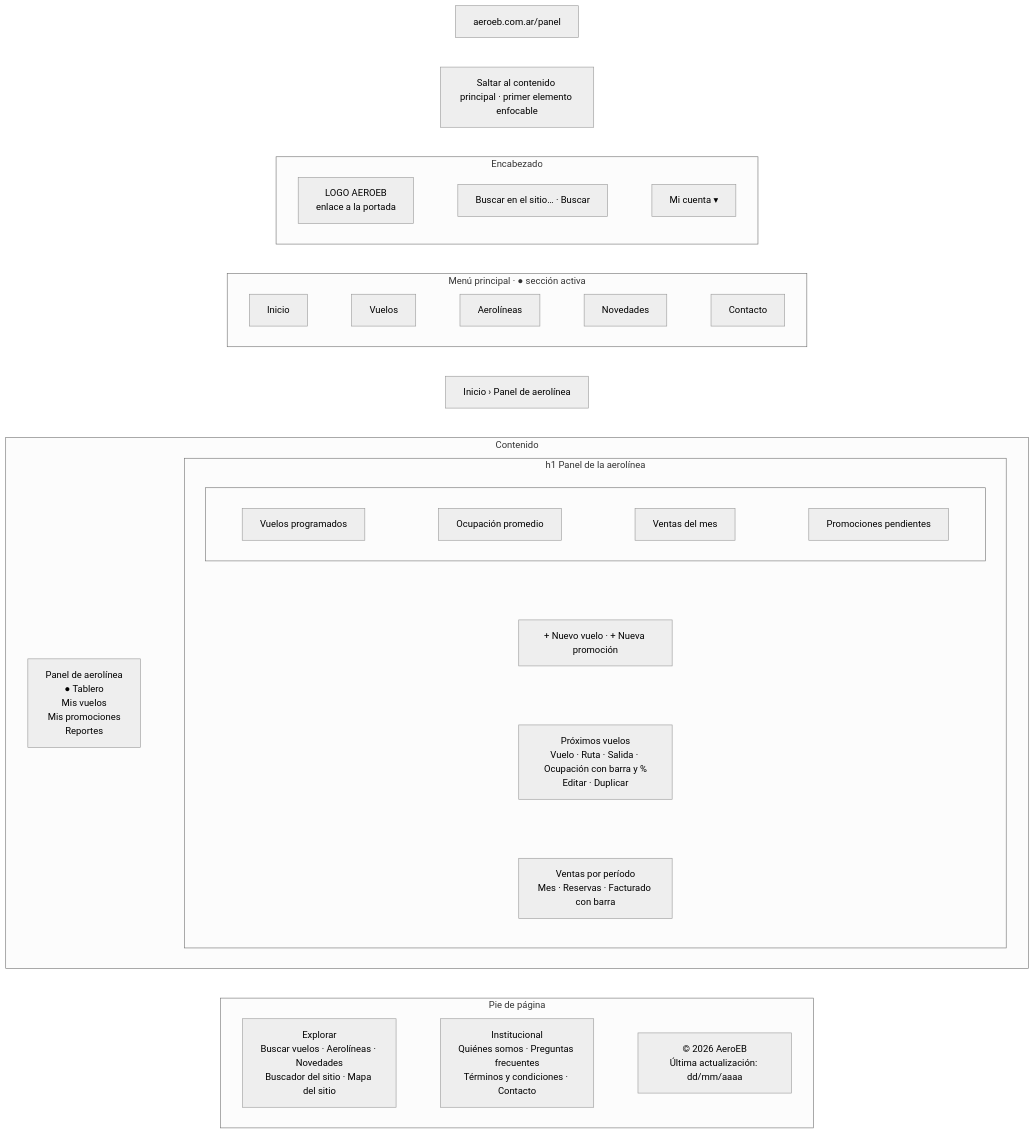
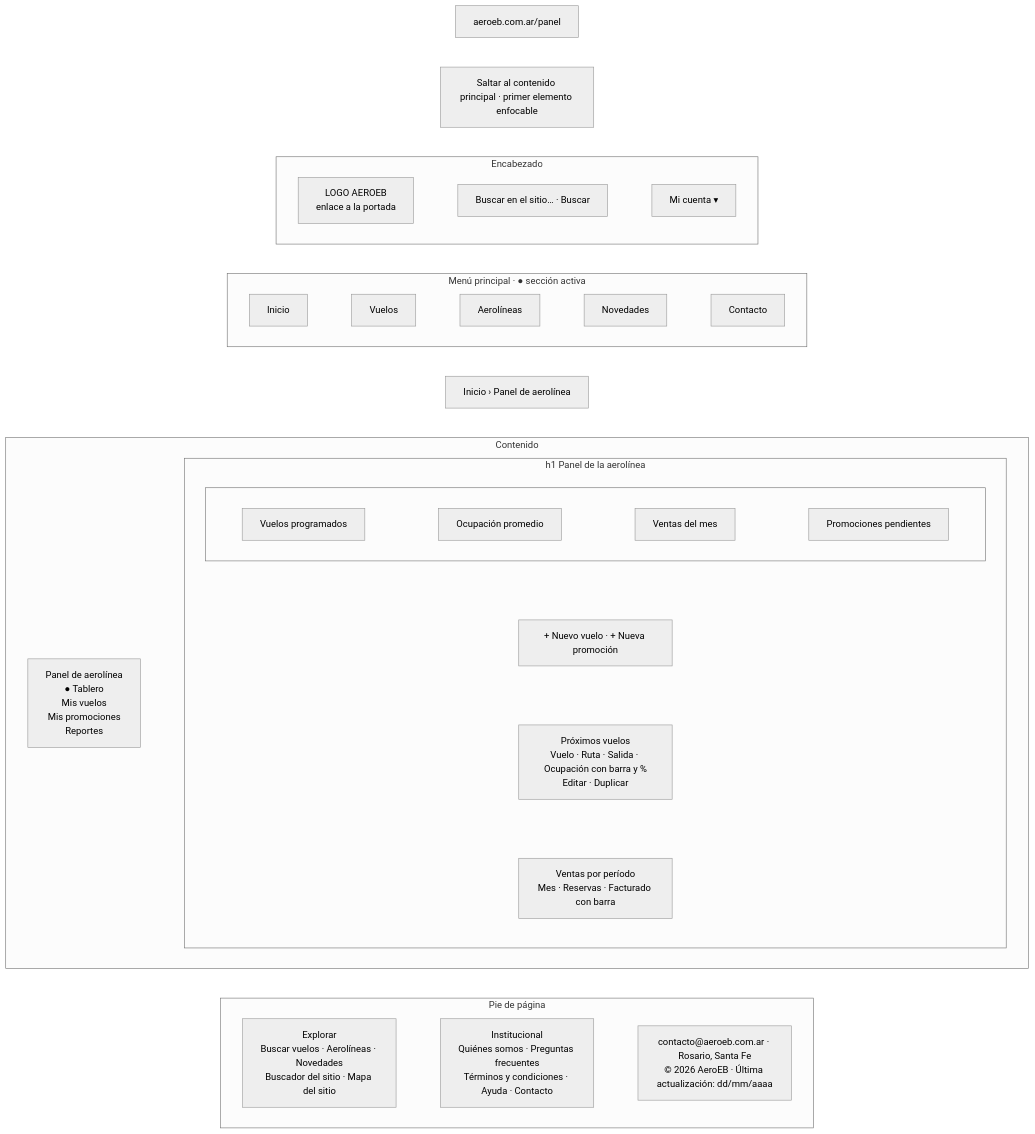
The ninth of 12 diagrams in docs/bocetos/01-wireframes/README.md (tizimessina/entornos-graficos-messina-costantini-burgos-beccaria), drawn with Mermaid before and after one commit. The commit also changed other lines of this file and 15 other files, not shown here.

````diff
--- a/docs/bocetos/01-wireframes/README.md
+++ b/docs/bocetos/01-wireframes/README.md
@@ -317,36 +318,36 @@
 ```mermaid
 %%{init: {'theme': 'neutral'}}%%
 flowchart TB
     url["aeroeb.com.ar/panel"]
     salto["Saltar al contenido principal · primer elemento enfocable"]
     subgraph enc["Encabezado"]
         direction LR
         logo["LOGO AEROEB<br/>enlace a la portada"] ~~~ buscador["Buscar en el sitio… · Buscar"] ~~~ cuenta["Mi cuenta ▾"]
     end
     subgraph menu["Menú principal · ● sección activa"]
         direction LR
         m0["Inicio"] ~~~ m1["Vuelos"] ~~~ m2["Aerolíneas"] ~~~ m3["Novedades"] ~~~ m4["Contacto"]
     end
     migas["Inicio › Panel de aerolínea"]
     subgraph cont["Contenido"]
         direction LR
         lateral["Panel de aerolínea<br/>● Tablero<br/>Mis vuelos<br/>Mis promociones<br/>Reportes"]
         subgraph main["h1 Panel de la aerolínea"]
             direction TB
             subgraph metricas[" "]
                 direction LR
                 k1["Vuelos programados"] ~~~ k2["Ocupación promedio"] ~~~ k3["Ventas del mes"] ~~~ k4["Promociones pendientes"]
             end
             acciones["+ Nuevo vuelo · + Nueva promoción"]
             proximos["Próximos vuelos<br/>Vuelo · Ruta · Salida · Ocupación con barra y %<br/>Editar · Duplicar"]
             ventas["Ventas por período<br/>Mes · Reservas · Facturado con barra"]
             metricas ~~~ acciones ~~~ proximos ~~~ ventas
         end
         lateral ~~~ main
     end
     subgraph pie["Pie de página"]
         direction LR
-        explorar["Explorar<br/>Buscar vuelos · Aerolíneas · Novedades<br/>Buscador del sitio · Mapa del sitio"] ~~~ institucional["Institucional<br/>Quiénes somos · Preguntas frecuentes<br/>Términos y condiciones · Contacto"] ~~~ legal["© 2026 AeroEB<br/>Última actualización: dd/mm/aaaa"]
+        explorar["Explorar<br/>Buscar vuelos · Aerolíneas · Novedades<br/>Buscador del sitio · Mapa del sitio"] ~~~ institucional["Institucional<br/>Quiénes somos · Preguntas frecuentes<br/>Términos y condiciones · Ayuda · Contacto"] ~~~ legal["contacto@aeroeb.com.ar · Rosario, Santa Fe<br/>© 2026 AeroEB · Última actualización: dd/mm/aaaa"]
     end
     url ~~~ salto ~~~ enc ~~~ menu ~~~ migas ~~~ cont ~~~ pie
 ```
````
